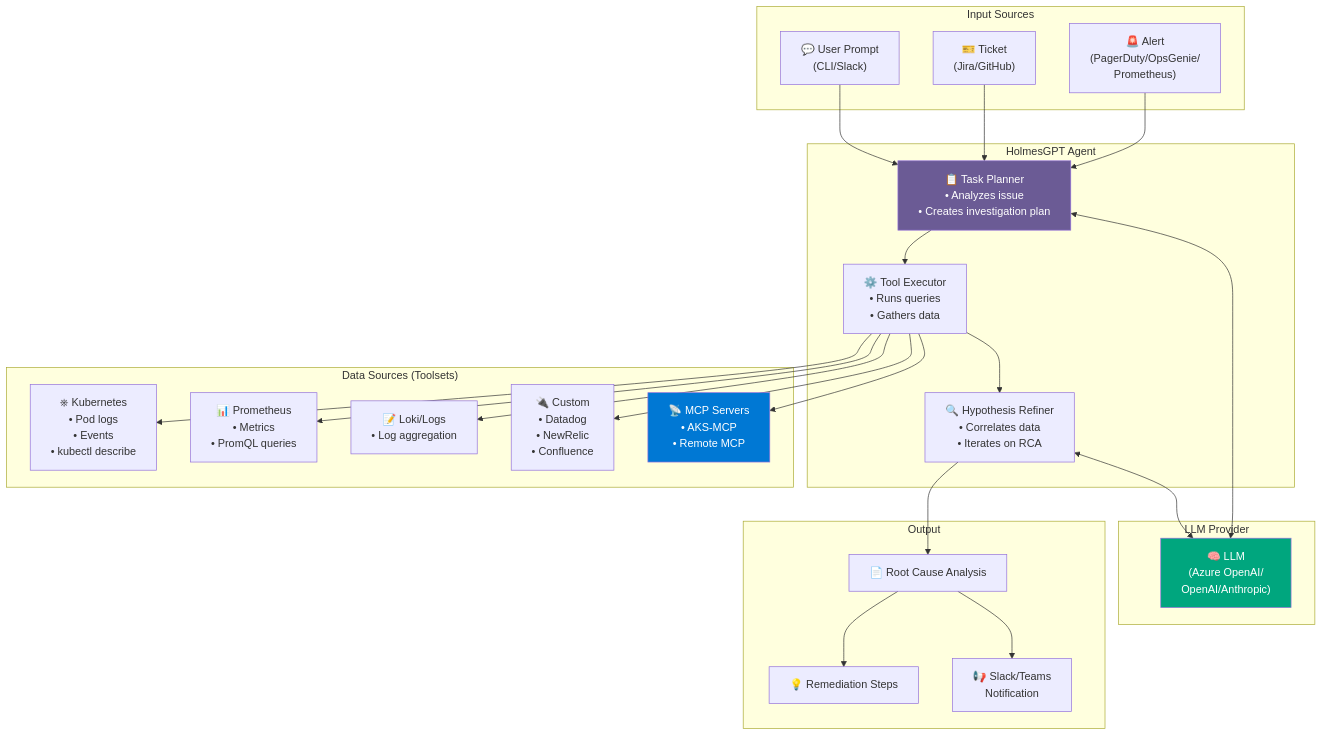
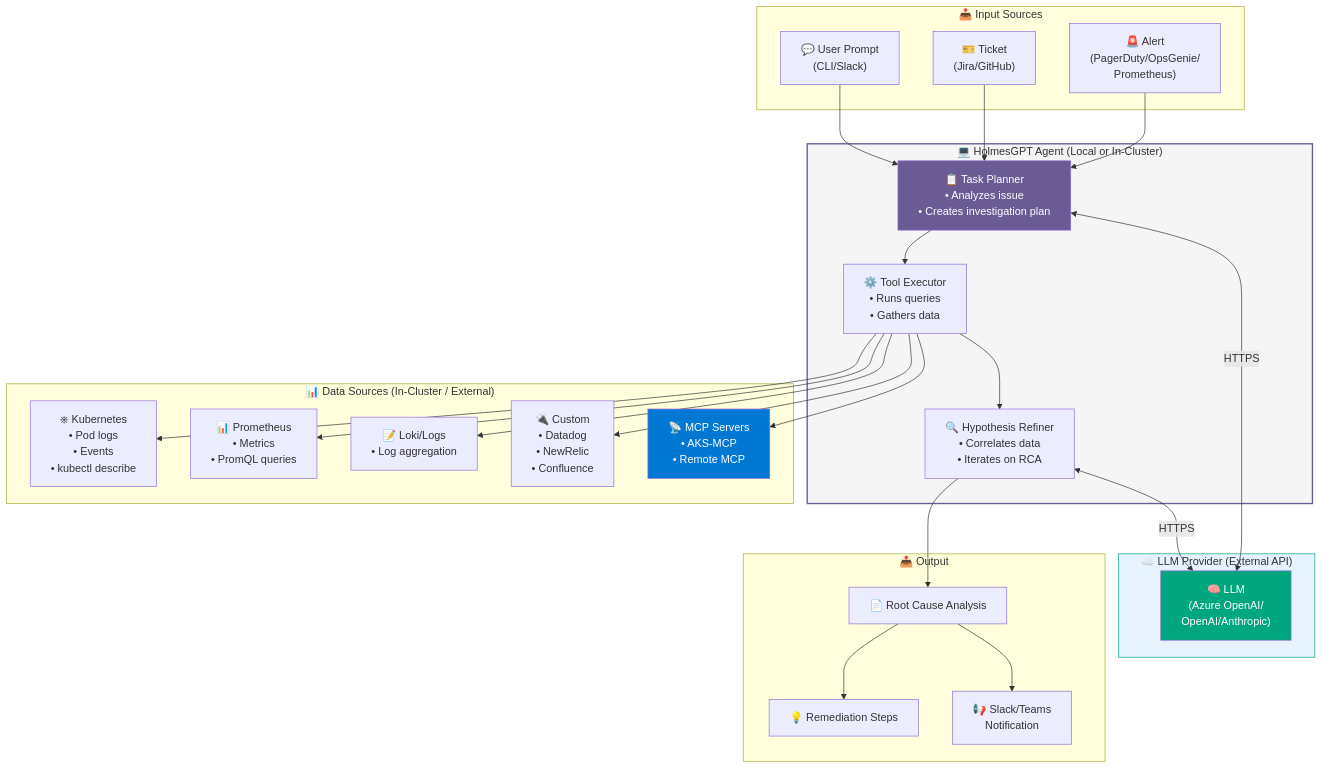
The sixth of 12 diagrams in platform-agentic-ai-enhanced.md (srinman/platform-engineering), drawn with Mermaid before and after one commit. The commit also changed other lines of this file, not shown here.

````diff
--- a/platform-agentic-ai-enhanced.md
+++ b/platform-agentic-ai-enhanced.md
@@ -241,52 +333,54 @@
 ```mermaid
 flowchart TB
-    subgraph "Input Sources"
+    subgraph INPUTS["📥 Input Sources"]
         ALERT["🚨 Alert<br/>(PagerDuty/OpsGenie/<br/>Prometheus)"]
         TICKET["🎫 Ticket<br/>(Jira/GitHub)"]
         PROMPT["💬 User Prompt<br/>(CLI/Slack)"]
     end
     
-    subgraph "HolmesGPT Agent"
+    subgraph AGENT["💻 HolmesGPT Agent (Local or In-Cluster)"]
         PLANNER["📋 Task Planner<br/>• Analyzes issue<br/>• Creates investigation plan"]
         EXECUTOR["⚙️ Tool Executor<br/>• Runs queries<br/>• Gathers data"]
         ANALYZER["🔍 Hypothesis Refiner<br/>• Correlates data<br/>• Iterates on RCA"]
     end
     
-    subgraph "Data Sources (Toolsets)"
+    subgraph DATA["📊 Data Sources (In-Cluster / External)"]
         K8S_TOOLS["⎈ Kubernetes<br/>• Pod logs<br/>• Events<br/>• kubectl describe"]
         PROM["📊 Prometheus<br/>• Metrics<br/>• PromQL queries"]
         LOKI["📝 Loki/Logs<br/>• Log aggregation"]
         CUSTOM["🔌 Custom<br/>• Datadog<br/>• NewRelic<br/>• Confluence"]
         MCP_SERVER["📡 MCP Servers<br/>• AKS-MCP<br/>• Remote MCP"]
     end
     
-    subgraph "LLM Provider"
+    subgraph LLM_CLOUD["☁️ LLM Provider (External API)"]
         LLM["🧠 LLM<br/>(Azure OpenAI/<br/>OpenAI/Anthropic)"]
     end
     
-    subgraph "Output"
+    subgraph OUTPUT["📤 Output"]
         RCA["📄 Root Cause Analysis"]
         REMEDIATION["💡 Remediation Steps"]
         SLACK_OUT["📢 Slack/Teams<br/>Notification"]
     end
     
     ALERT --> PLANNER
     TICKET --> PLANNER
     PROMPT --> PLANNER
-    PLANNER <--> LLM
+    PLANNER <-->|"HTTPS"| LLM
     PLANNER --> EXECUTOR
     EXECUTOR --> K8S_TOOLS
     EXECUTOR --> PROM
     EXECUTOR --> LOKI
     EXECUTOR --> CUSTOM
     EXECUTOR --> MCP_SERVER
     EXECUTOR --> ANALYZER
-    ANALYZER <--> LLM
+    ANALYZER <-->|"HTTPS"| LLM
     ANALYZER --> RCA
     RCA --> REMEDIATION
     RCA --> SLACK_OUT
     
+    style AGENT fill:#f5f5f5,stroke:#6B5B95,stroke-width:2px
     style PLANNER fill:#6B5B95,color:white
     style LLM fill:#00A67E,color:white
     style MCP_SERVER fill:#0078D4,color:white
+    style LLM_CLOUD fill:#e6f2ff,stroke:#00A67E
 ```
````
